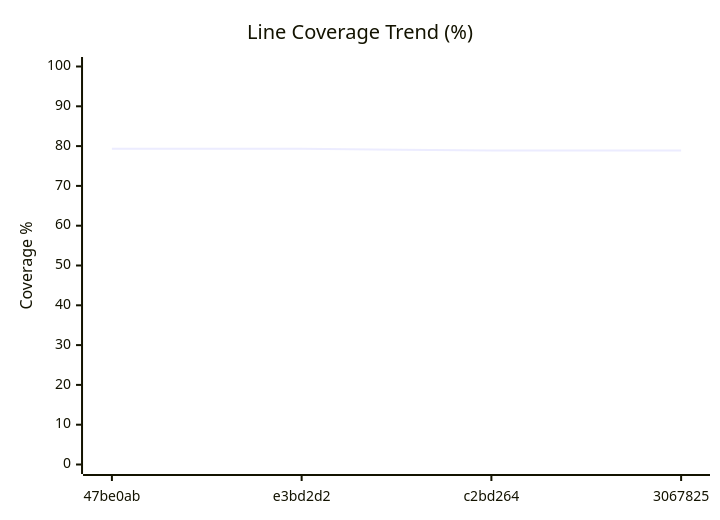
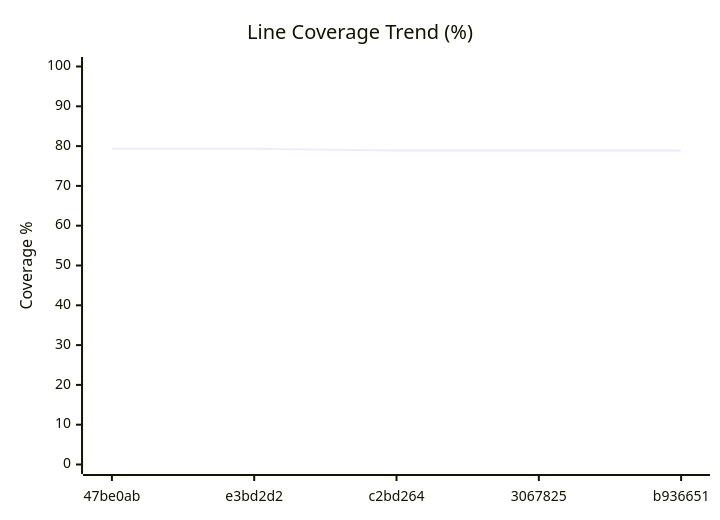
The diagram in COVERAGE.md (googlemaps/android-maps-testing), drawn with Mermaid before and after one commit. The commit also changed other lines of this file and 2 other files, not shown here.

Commit message:
chore: record unit coverage

````diff
--- a/COVERAGE.md
+++ b/COVERAGE.md
@@ -45,7 +45,7 @@
 ```mermaid
 xychart-beta
     title "Line Coverage Trend (%)"
-    x-axis ["47be0ab", "e3bd2d2", "c2bd264", "3067825"]
+    x-axis ["47be0ab", "e3bd2d2", "c2bd264", "3067825", "b936651"]
     y-axis "Coverage %" 0 --> 100
-    line [79.34, 79.34, 78.88, 78.88]
+    line [79.34, 79.34, 78.88, 78.88, 78.88]
 ```
````
